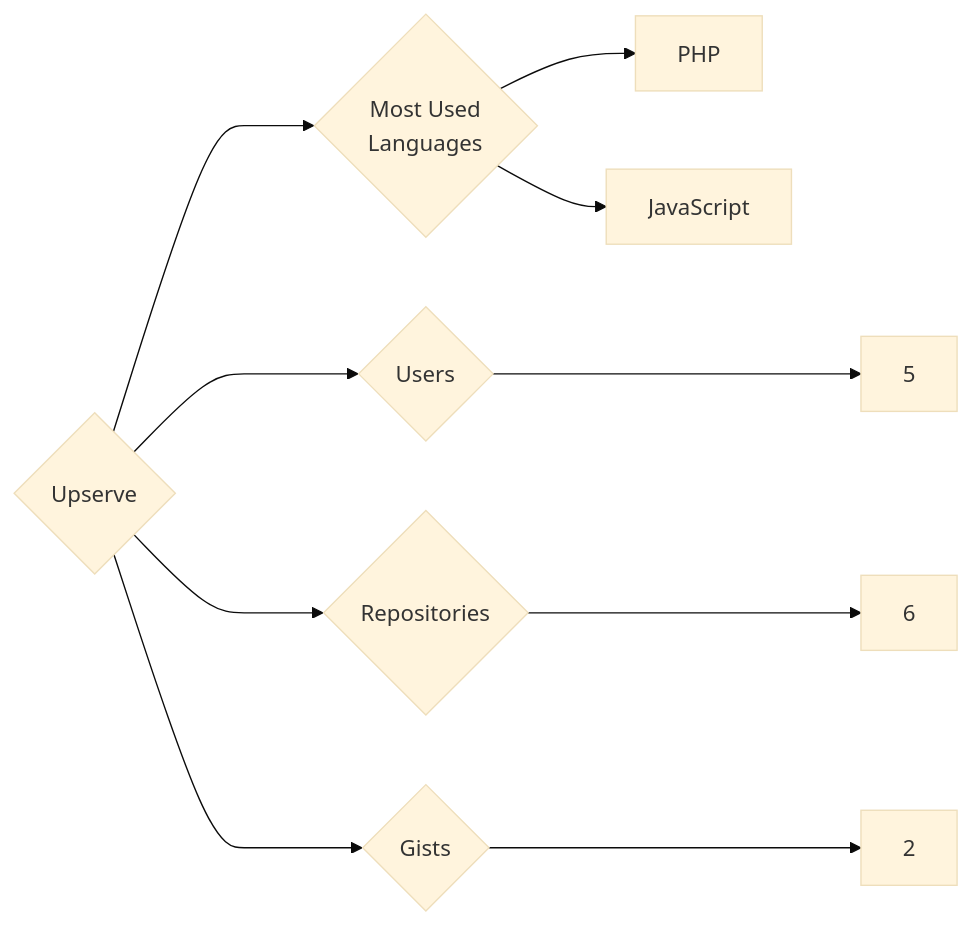
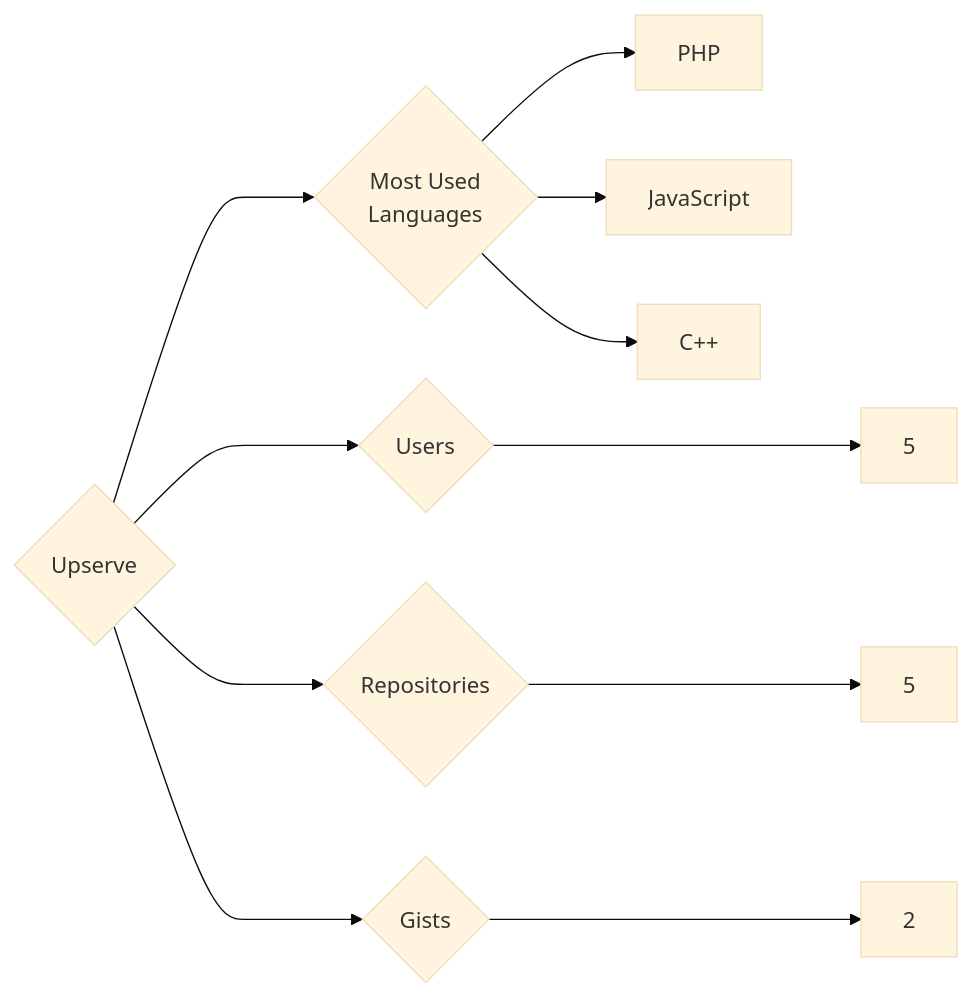
One commit to trickest/insiders changed the diagram in targets/Upserve/README.md. Above: the diagram before and after it, drawn with Mermaid (base theme). The commit also changed 1248 other files, not shown here.

````diff
--- a/targets/Upserve/README.md
+++ b/targets/Upserve/README.md
@@ -3,10 +3,11 @@
 ```mermaid
 graph LR
 COMPANY_NAME{Upserve}
 COMPANY_NAME ---> U{Users} ---> UN[5]
-COMPANY_NAME ---> R{Repositories} ---> RN[6]
+COMPANY_NAME ---> R{Repositories} ---> RN[5]
 COMPANY_NAME ---> G{Gists} ---> GN[2]
 COMPANY_NAME ---> ML{Most Used<br>Languages}
 ML --> PHP[PHP]
 ML --> JavaScript[JavaScript]
+ML --> C++[C++]
 ```
````
